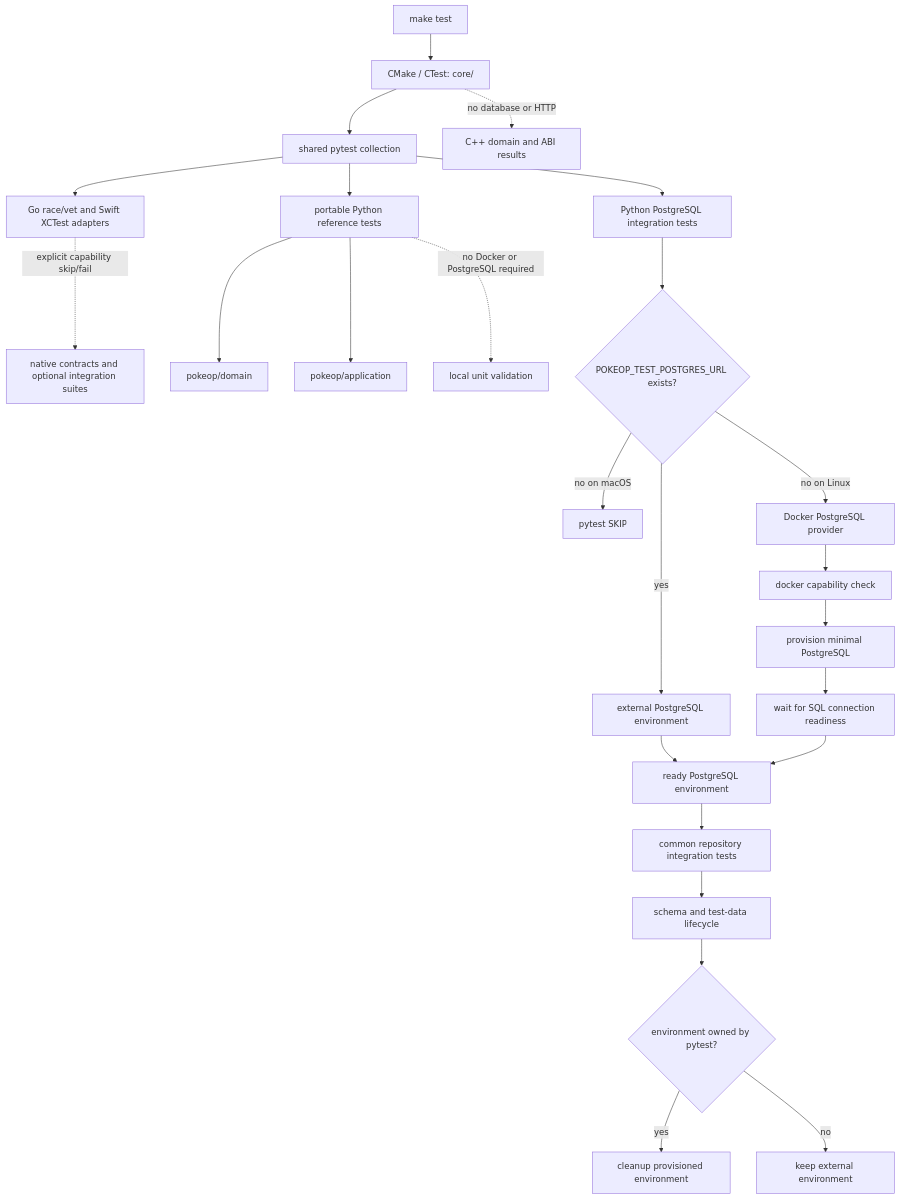
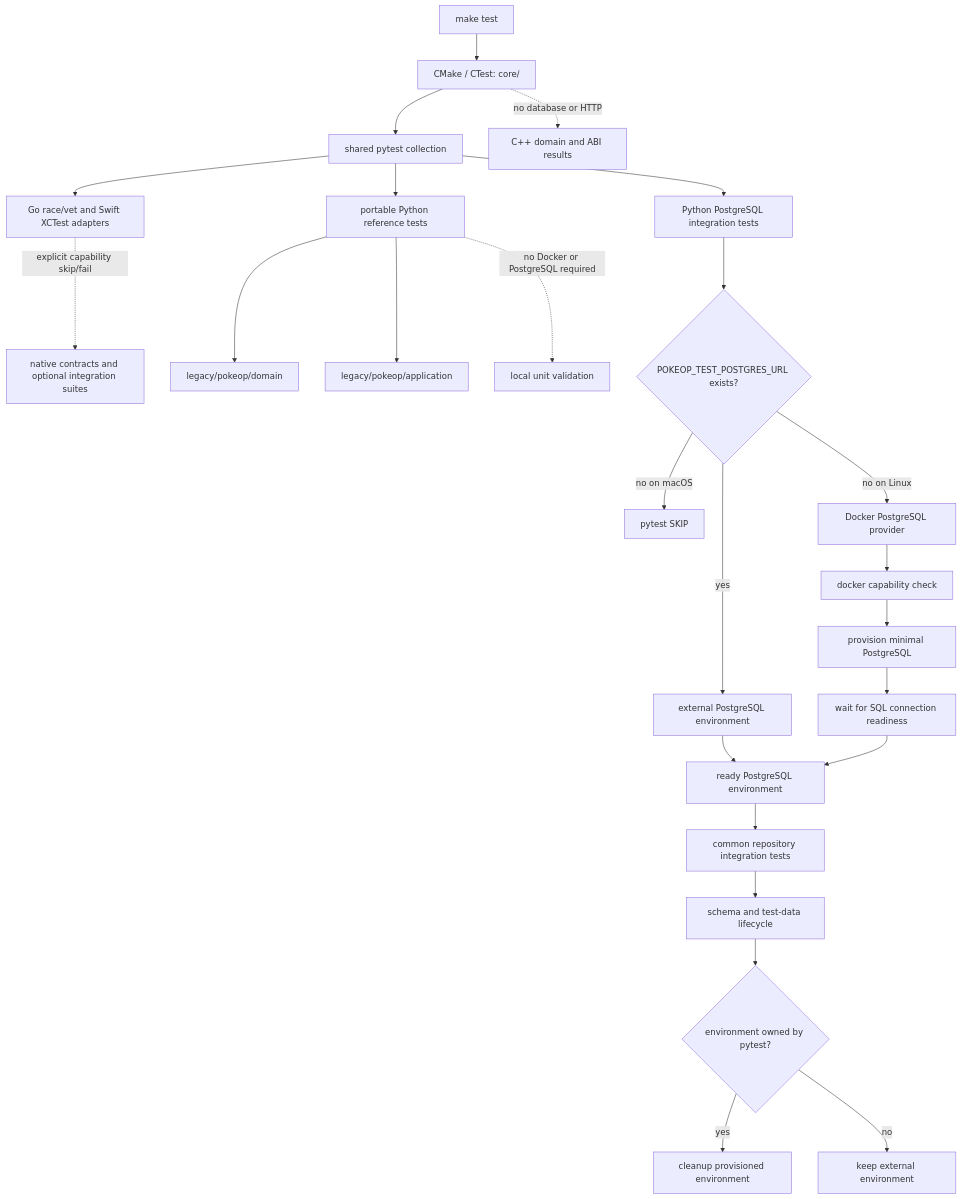
Before and after one commit to mental1104/PokemonBattleInference: the second of 2 diagrams in .codex/skills/pokemonbattleinference-project/SKILL.md, drawn with Mermaid. The commit also changed other lines of this file and 5 other files, not shown here.

````diff
--- a/.codex/skills/pokemonbattleinference-project/SKILL.md
+++ b/.codex/skills/pokemonbattleinference-project/SKILL.md
@@ -78,32 +78,32 @@
 ```mermaid
 flowchart TD
     Entry[make test] --> NativeCore[CMake / CTest: core/]
     NativeCore --> Collection[shared pytest collection]
     Collection --> Portable[portable Python reference tests]
     Collection --> Bindings[Go race/vet and Swift XCTest adapters]
     Collection --> Integration[Python PostgreSQL integration tests]
 
     NativeCore -. no database or HTTP .-> CoreResult[C++ domain and ABI results]
     Bindings -. explicit capability skip/fail .-> NativeResult[native contracts and optional integration suites]
 
-    Portable --> Domain[pokeop/domain]
-    Portable --> Application[pokeop/application]
+    Portable --> Domain[legacy/pokeop/domain]
+    Portable --> Application[legacy/pokeop/application]
     Portable -. no Docker or PostgreSQL required .-> LocalResult[local unit validation]
 
     Integration --> Contract{POKEOP_TEST_POSTGRES_URL exists?}
     Contract -->|yes| External[external PostgreSQL environment]
     Contract -->|no on macOS| MacSkip[pytest SKIP]
     Contract -->|no on Linux| DockerProvider[Docker PostgreSQL provider]
 
     DockerProvider --> Detect[docker capability check]
     Detect --> Provision[provision minimal PostgreSQL]
     Provision --> Ready[wait for SQL connection readiness]
     External --> ReadyEnvironment[ready PostgreSQL environment]
     Ready --> ReadyEnvironment
 
     ReadyEnvironment --> CommonTests[common repository integration tests]
     CommonTests --> SchemaLifecycle[schema and test-data lifecycle]
     SchemaLifecycle --> Owned{environment owned by pytest?}
     Owned -->|yes| Cleanup[cleanup provisioned environment]
     Owned -->|no| KeepExternal[keep external environment]
 ```
````
